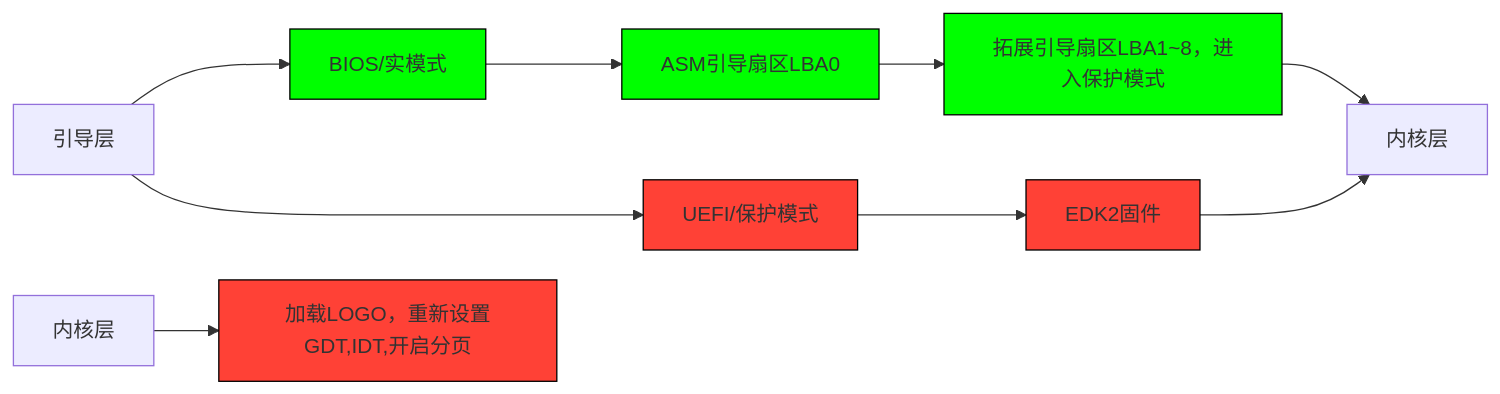
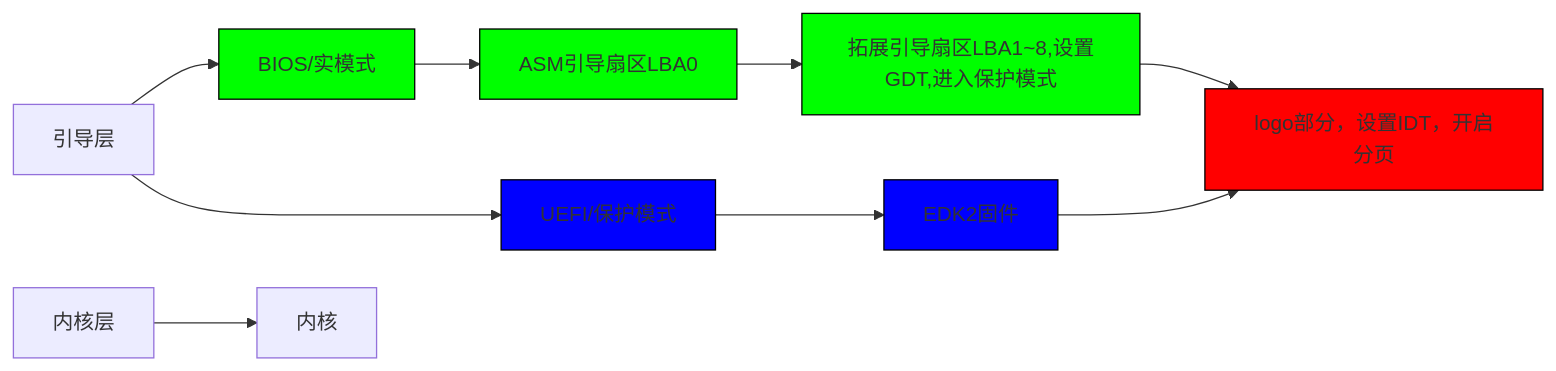
One commit to XiYuyan-13yearsoldboy/13yearsold-RCOS1.0 changed the diagram in README.md. Above: the diagram before and after it, drawn with Mermaid.

````diff
--- a/README.md
+++ b/README.md
@@ -11,17 +11,17 @@
 ```mermaid
 graph LR 
 A[引导层] --> B[BIOS/实模式]
 A --> C[UEFI/保护模式]
 B --> D[ASM引导扇区LBA0]
-D --> G[拓展引导扇区LBA1~8，进入保护模式]
+D --> G[拓展引导扇区LBA1~8,设置GDT,进入保护模式]
 C --> E[EDK2固件]
-E --> F[内核层]
+E --> F[logo部分，设置IDT，开启分页]
 G --> F
-H[内核层] --> I[加载LOGO，重新设置GDT,IDT,开启分页] 
+I[内核层] --> J[内核] 
 style G fill:#0F0,stroke:#000;
-style I fill:#FF4136,stroke:#000;
-style E fill:#FF4136,stroke:#000;
-style C fill:#FF4136,stroke:#000;
+style F fill:#F00,stroke:#000;
+style E fill:#00F,stroke:#000;
+style C fill:#00F,stroke:#000;
 style B fill:#0F0,stroke:#000;
 style D fill:#0F0,stroke:#000;
 ```
````
